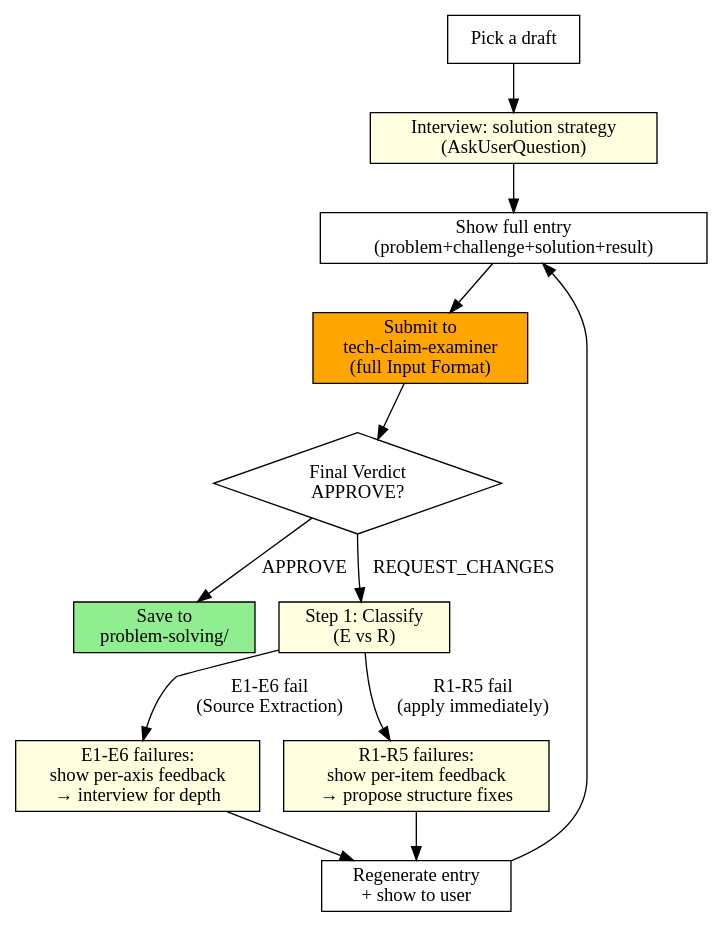
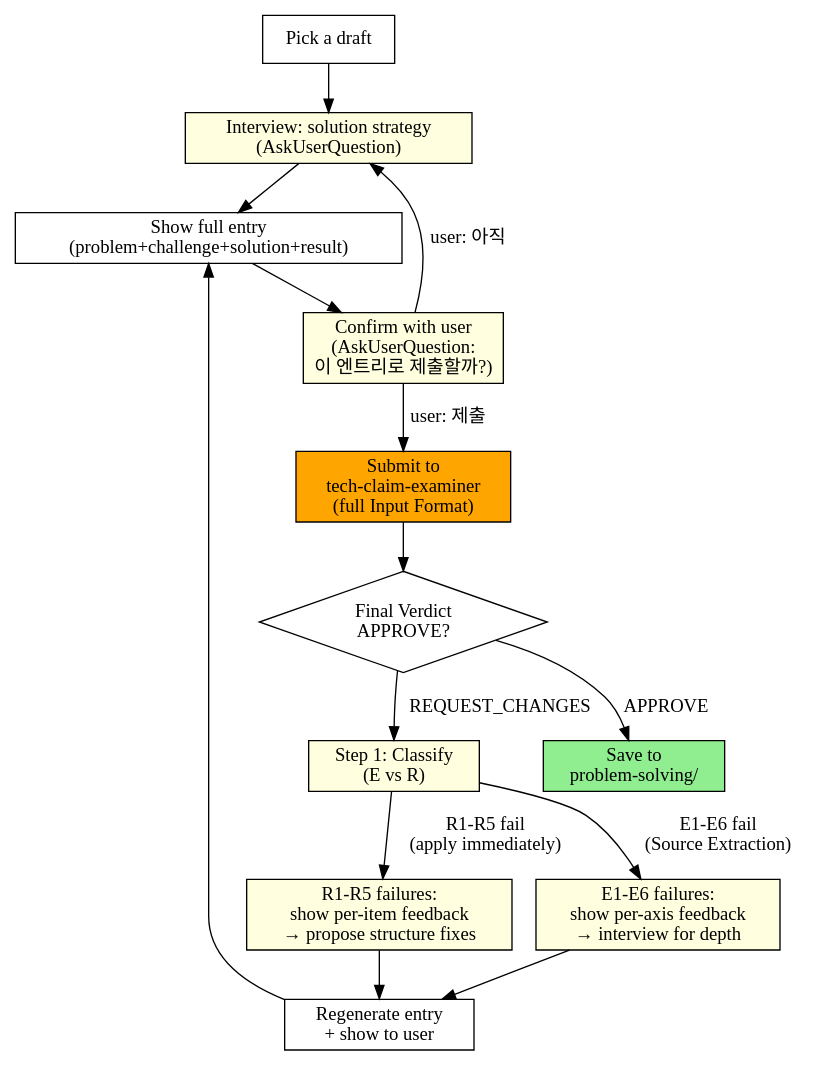
One commit to toongri/oh-my-toong-playground changed the third of 3 diagrams in skills/resume-forge/SKILL.md. Above: the diagram before and after it, drawn with Graphviz. The commit also changed other lines of this file and 2 other files, not shown here.

````diff
--- a/skills/resume-forge/SKILL.md
+++ b/skills/resume-forge/SKILL.md
@@ -101,27 +108,30 @@
 ```dot
 digraph loop2 {
     rankdir=TB;
     pick [shape=box, label="Pick a draft"];
     interview [shape=box, label="Interview: solution strategy\n(AskUserQuestion)", style=filled, fillcolor=lightyellow];
     show [shape=box, label="Show full entry\n(problem+challenge+solution+result)"];
+    confirm [shape=box, label="Confirm with user\n(AskUserQuestion:\n이 엔트리로 제출할까?)", style=filled, fillcolor=lightyellow];
     exam [shape=box, label="Submit to\ntech-claim-examiner\n(full Input Format)", style=filled, fillcolor=orange];
     check [shape=diamond, label="Final Verdict\nAPPROVE?"];
     save [shape=box, label="Save to\nproblem-solving/", style=filled, fillcolor=lightgreen];
     e_fail [shape=box, label="E1-E6 failures:\nshow per-axis feedback\n→ interview for depth", style=filled, fillcolor=lightyellow];
     r_fail [shape=box, label="R1-R5 failures:\nshow per-item feedback\n→ propose structure fixes", style=filled, fillcolor=lightyellow];
     revise [shape=box, label="Regenerate entry\n+ show to user"];
 
     pick -> interview;
     interview -> show;
-    show -> exam;
+    show -> confirm;
+    confirm -> exam [label="user: 제출"];
+    confirm -> interview [label="user: 아직"];
     exam -> check;
     check -> save [label="APPROVE"];
     check -> classify [label="REQUEST_CHANGES"];
     classify [shape=box, label="Step 1: Classify\n(E vs R)", style=filled, fillcolor=lightyellow];
     classify -> r_fail [label="R1-R5 fail\n(apply immediately)"];
     classify -> e_fail [label="E1-E6 fail\n(Source Extraction)"];
     e_fail -> revise;
     r_fail -> revise;
     revise -> show;
 }
 ```
````
